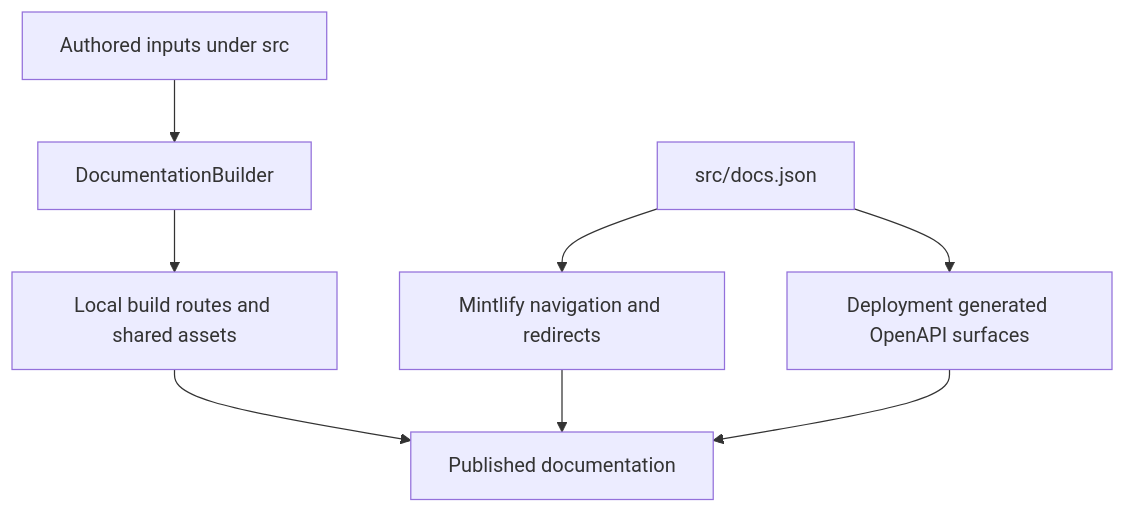
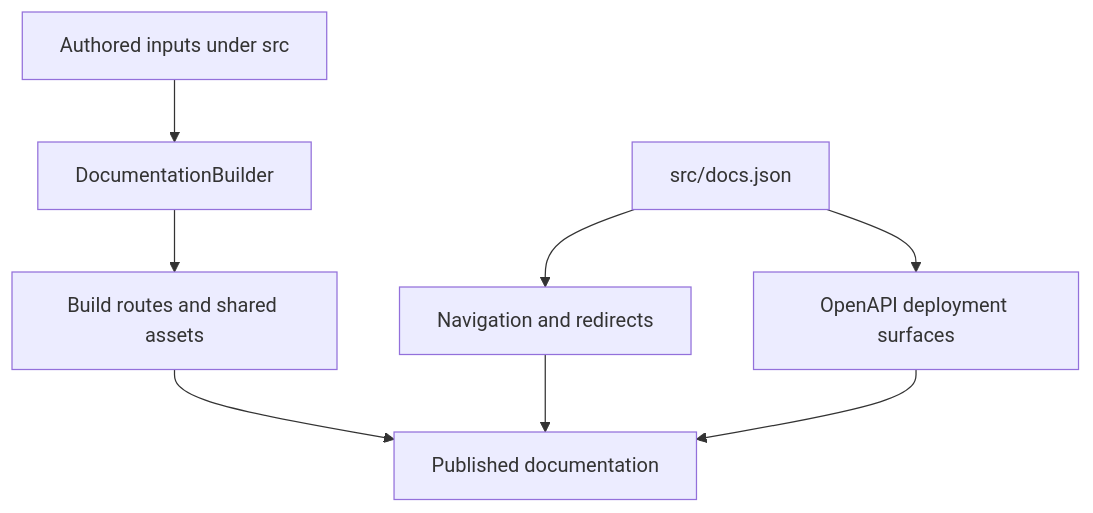
One commit to langchain-ai/docs changed the diagram in openwiki/architecture/source-map.md. Above: the diagram before and after it, drawn with Mermaid. The commit also changed other lines of this file and 20 other files, not shown here.

````diff
--- a/openwiki/architecture/source-map.md
+++ b/openwiki/architecture/source-map.md
@@ -27,10 +35,10 @@
 ```mermaid
 flowchart TD
-    Authored["Authored inputs under src"] --> Builder["DocumentationBuilder"]
-    Builder --> Routes["Local build routes and shared assets"]
-    Config["src/docs.json"] --> Navigation["Mintlify navigation and redirects"]
-    Config --> OpenAPI["Deployment generated OpenAPI surfaces"]
-    Routes --> Published["Published documentation"]
-    Navigation --> Published
-    OpenAPI --> Published
+    Source["Authored inputs under src"] --> Builder["DocumentationBuilder"]
+    Builder --> Routes["Build routes and shared assets"]
+    Config["src/docs.json"] --> Nav["Navigation and redirects"]
+    Config --> Api["OpenAPI deployment surfaces"]
+    Routes --> Site["Published documentation"]
+    Nav --> Site
+    Api --> Site
 ```
````
